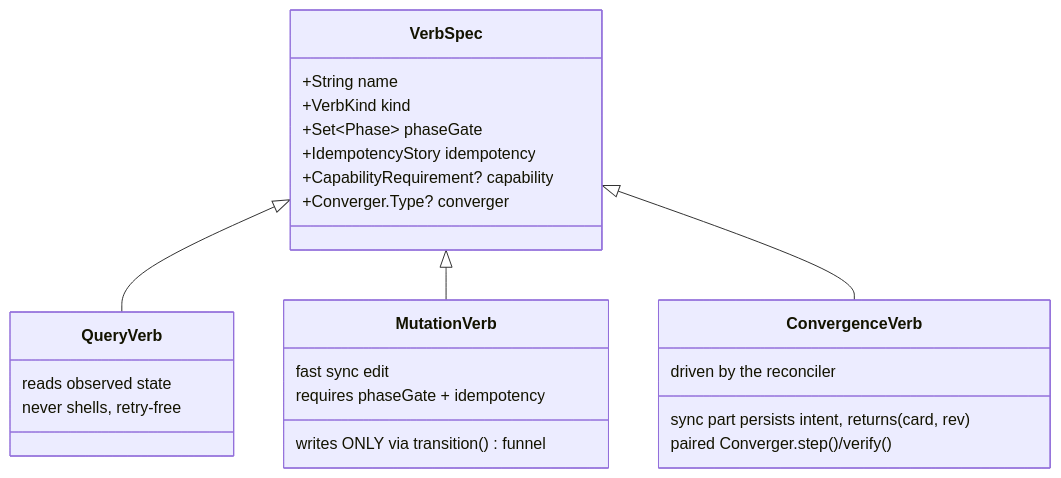
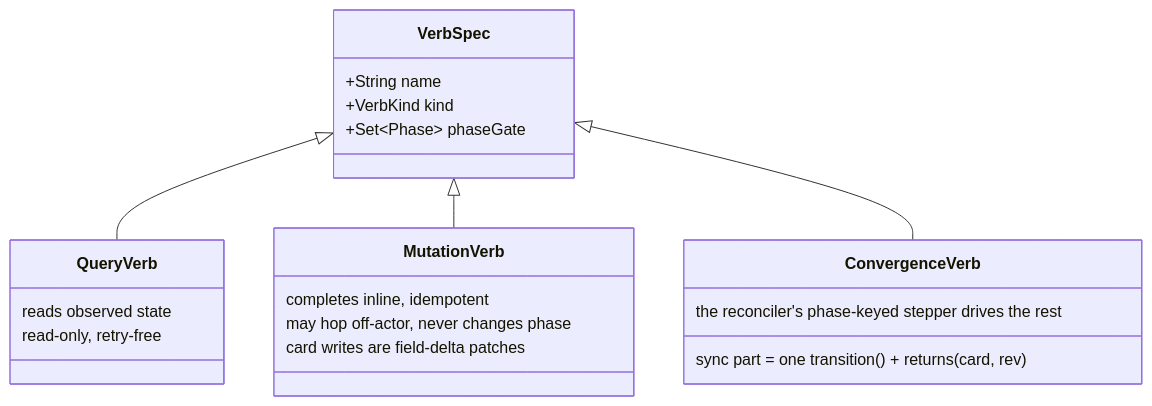
The second of 2 diagrams in notes/designs/2026-07-08-card-lifecycle-convergence.md (PeiAllen/claude-kanban), drawn with Mermaid before and after one commit. The commit also changed other lines of this file and 1 other file, not shown here.

````diff
--- a/notes/designs/2026-07-08-card-lifecycle-convergence.md
+++ b/notes/designs/2026-07-08-card-lifecycle-convergence.md
@@ -311,28 +335,24 @@
 ```mermaid
 classDiagram
   class VerbSpec {
     +String name
     +VerbKind kind
     +Set~Phase~ phaseGate
-    +IdempotencyStory idempotency
-    +CapabilityRequirement? capability
-    +Converger.Type? converger
   }
   class QueryVerb {
     reads observed state
-    never shells, retry-free
+    read-only, retry-free
   }
   class MutationVerb {
-    fast sync edit
-    writes ONLY via transition() funnel
-    requires phaseGate + idempotency
+    completes inline, idempotent
+    may hop off-actor, never changes phase
+    card writes are field-delta patches
   }
   class ConvergenceVerb {
-    sync part persists intent, returns (card, rev)
-    paired Converger.step()/verify()
-    driven by the reconciler
+    sync part = one transition() + returns (card, rev)
+    the reconciler's phase-keyed stepper drives the rest
   }
   VerbSpec <|-- QueryVerb
   VerbSpec <|-- MutationVerb
   VerbSpec <|-- ConvergenceVerb
 ```
````
